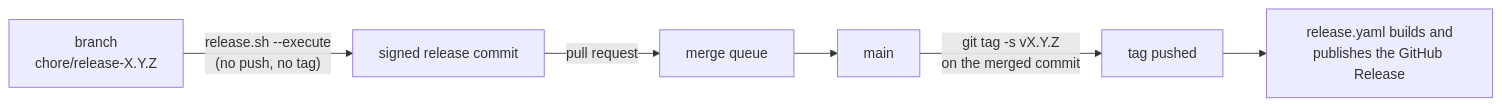
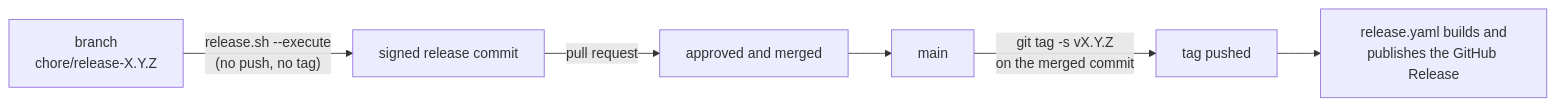
Before and after one commit to stackabletech/stackable-odbc-trino: the diagram in AGENTS.md, drawn with Mermaid. The commit also changed other lines of this file, not shown here.

First line of the commit message:
docs: describe releasing through a pull request on the protected main

````diff
--- a/AGENTS.md
+++ b/AGENTS.md
@@ -1688,8 +1688,8 @@
 ```mermaid
 flowchart LR
     B["branch<br/>chore/release-X.Y.Z"] -->|"release.sh --execute<br/>(no push, no tag)"| C["signed release commit"]
-    C -->|pull request| Q["merge queue"]
-    Q --> M["main"]
+    C -->|pull request| P["approved and merged"]
+    P --> M["main"]
     M -->|"git tag -s vX.Y.Z<br/>on the merged commit"| T["tag pushed"]
     T --> W["release.yaml builds and<br/>publishes the GitHub Release"]
 ```
````
